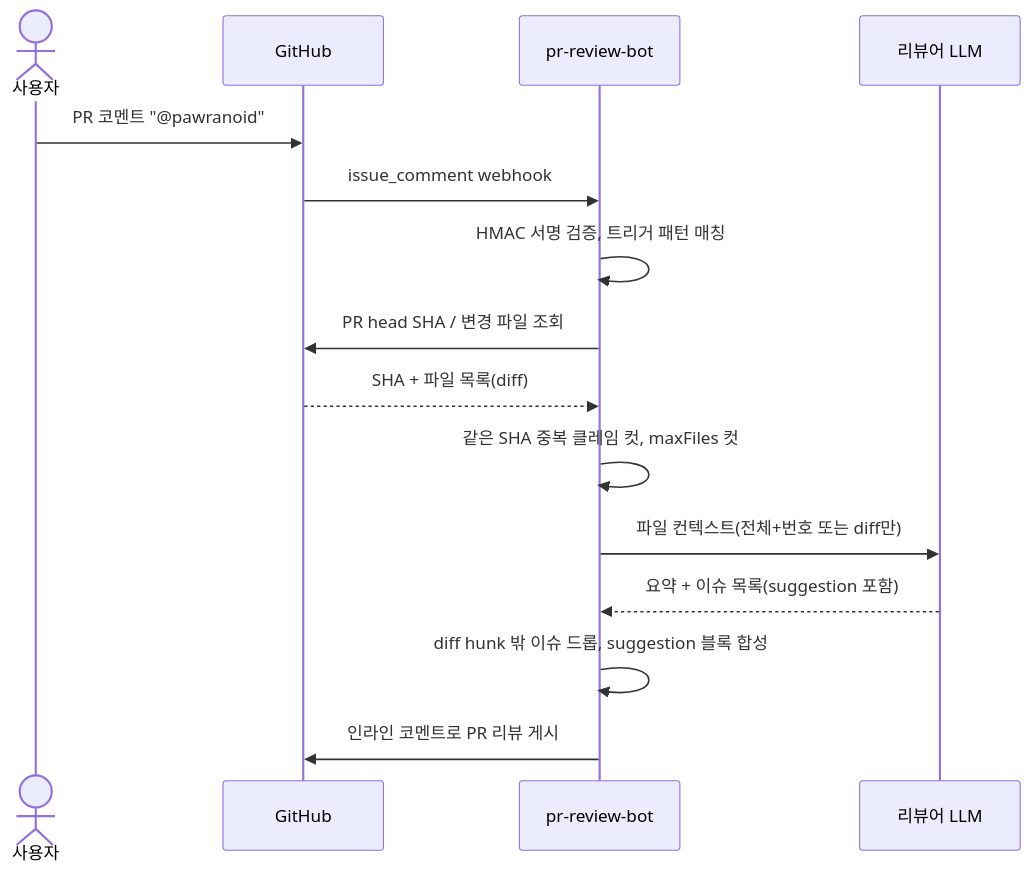
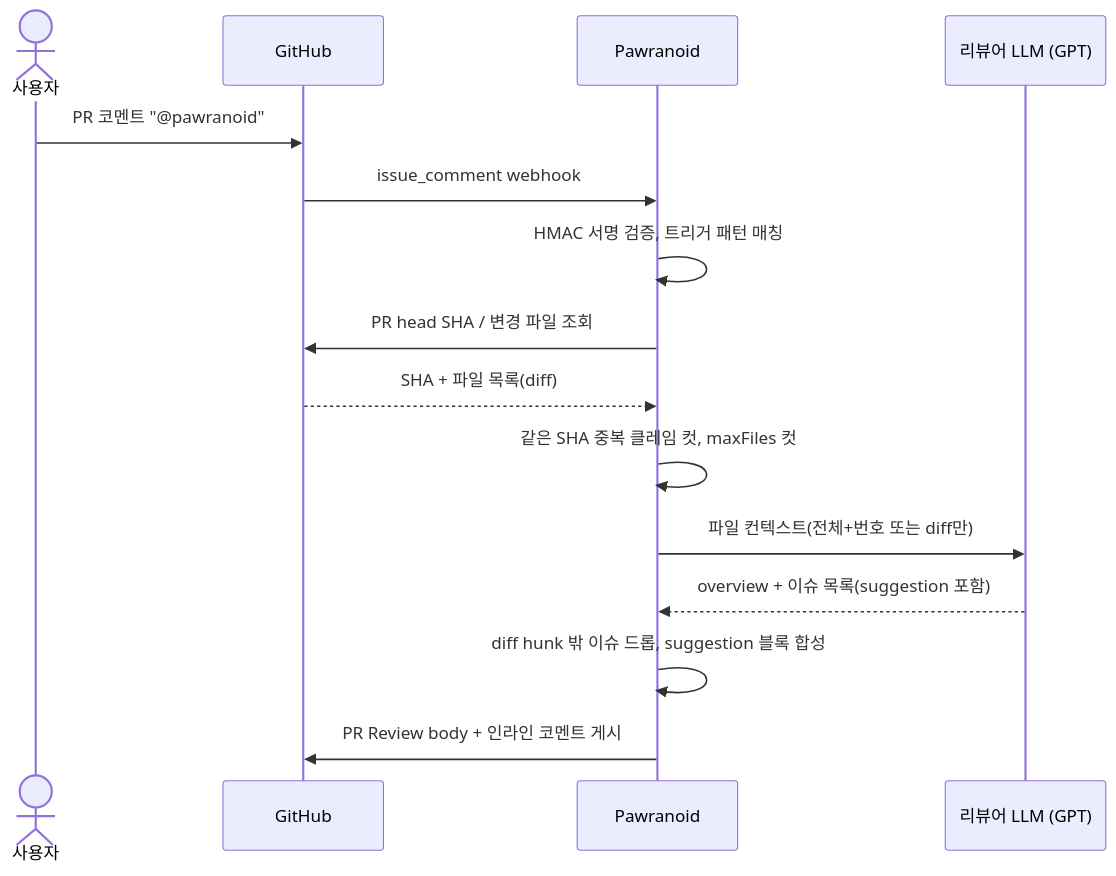
Before and after one commit to lsngmin/pr-review-bot: the first of 2 diagrams in README.md, drawn with Mermaid. The commit also changed other lines of this file, not shown here.

````diff
--- a/README.md
+++ b/README.md
@@ -38,18 +52,18 @@
 ```mermaid
 sequenceDiagram
     actor User as 사용자
     participant GH as GitHub
-    participant Bot as pr-review-bot
-    participant LLM as 리뷰어 LLM
+    participant Bot as Pawranoid
+    participant LLM as 리뷰어 LLM (GPT)
 
     User->>GH: PR 코멘트 "@pawranoid"
     GH->>Bot: issue_comment webhook
     Bot->>Bot: HMAC 서명 검증, 트리거 패턴 매칭
     Bot->>GH: PR head SHA / 변경 파일 조회
     GH-->>Bot: SHA + 파일 목록(diff)
     Bot->>Bot: 같은 SHA 중복 클레임 컷, maxFiles 컷
     Bot->>LLM: 파일 컨텍스트(전체+번호 또는 diff만)
-    LLM-->>Bot: 요약 + 이슈 목록(suggestion 포함)
+    LLM-->>Bot: overview + 이슈 목록(suggestion 포함)
     Bot->>Bot: diff hunk 밖 이슈 드롭, suggestion 블록 합성
-    Bot->>GH: 인라인 코멘트로 PR 리뷰 게시
+    Bot->>GH: PR Review body + 인라인 코멘트 게시
 ```
````
